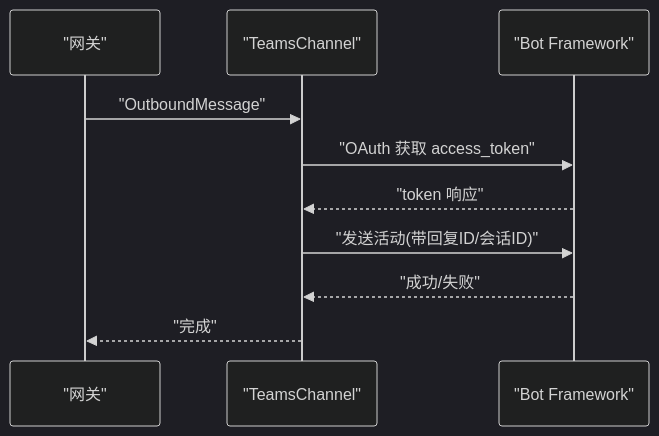
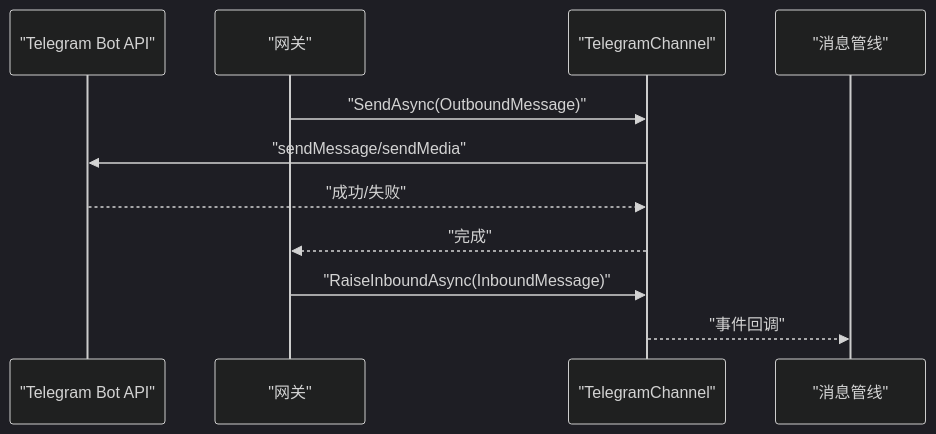
One commit to wayyet/kingcrab changed the fourth of 9 diagrams in .qoder/repowiki/zh/content/通信渠道/通信渠道.md. Above: the diagram before and after it, drawn with Mermaid (dark theme). The commit also changed other lines of this file and 173 other files, not shown here.

````diff
--- a/.qoder/repowiki/zh/content/通信渠道/通信渠道.md
+++ b/.qoder/repowiki/zh/content/通信渠道/通信渠道.md
@@ -185,12 +178,13 @@
 ```mermaid
 sequenceDiagram
+participant TG as "Telegram Bot API"
 participant GW as "网关"
-participant TC as "TeamsChannel"
-participant BF as "Bot Framework"
-GW->>TC : "OutboundMessage"
-TC->>BF : "OAuth 获取 access_token"
-BF-->>TC : "token 响应"
-TC->>BF : "发送活动(带回复ID/会话ID)"
-BF-->>TC : "成功/失败"
-TC-->>GW : "完成"
+participant TGCh as "TelegramChannel"
+participant Pipeline as "消息管线"
+GW->>TGCh : "SendAsync(OutboundMessage)"
+TGCh->>TG : "sendMessage/sendMedia"
+TG-->>TGCh : "成功/失败"
+TGCh-->>GW : "完成"
+GW->>TGCh : "RaiseInboundAsync(InboundMessage)"
+TGCh-->>Pipeline : "事件回调"
 ```
````
